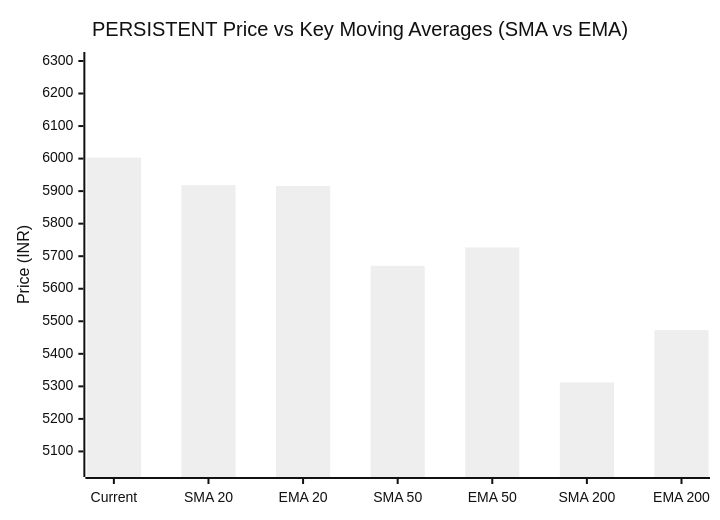
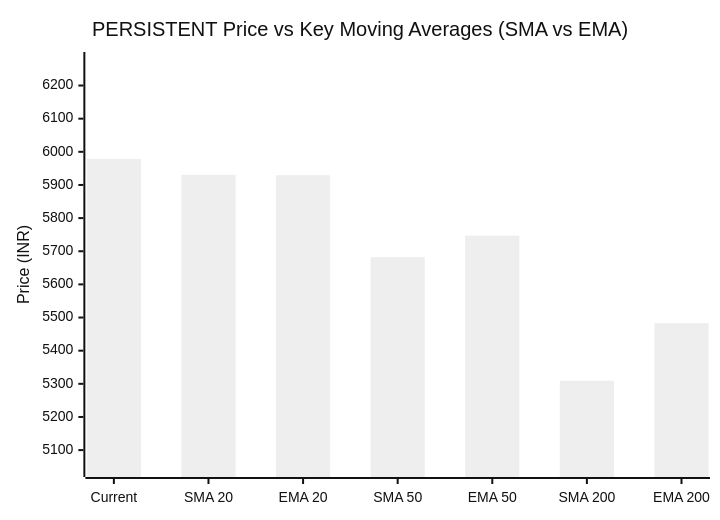
One commit to purnareddy9/dev changed the third of 3 diagrams in market-intelligence/stocks/PERSISTENT/latest.md. Above: the diagram before and after it, drawn with Mermaid (neutral theme). The commit also changed other lines of this file and 4 other files, not shown here.

````diff
--- a/market-intelligence/stocks/PERSISTENT/latest.md
+++ b/market-intelligence/stocks/PERSISTENT/latest.md
@@ -104,7 +104,7 @@
 ```mermaid
 xychart-beta
     title "PERSISTENT Price vs Key Moving Averages (SMA vs EMA)"
     x-axis ["Current", "SMA 20", "EMA 20", "SMA 50", "EMA 50", "SMA 200", "EMA 200"]
-    y-axis "Price (INR)" 5046 --> 6303
-    bar [6003.0, 5918.68, 5915.81, 5670.41, 5726.84, 5312.27, 5472.79]
+    y-axis "Price (INR)" 5043 --> 6277
+    bar [5978.5, 5930.85, 5929.29, 5682.15, 5747.12, 5309.26, 5483.05]
 ```
````
